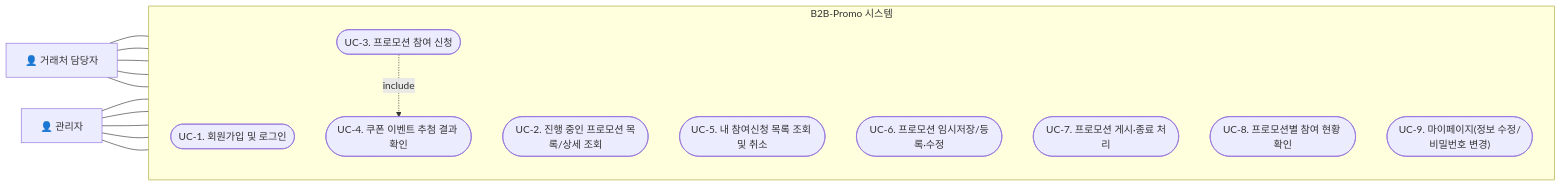
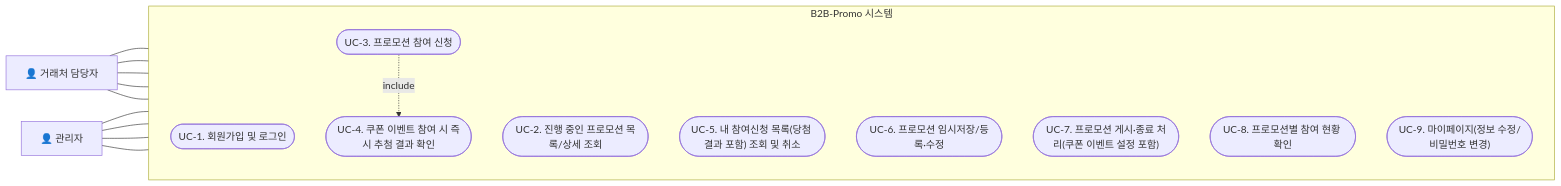
One commit to woniboni/B2B-Promo changed the diagram in docs/2-usecase.md. Above: the diagram before and after it, drawn with Mermaid. The commit also changed other lines of this file and 3 other files, not shown here.

````diff
--- a/docs/2-usecase.md
+++ b/docs/2-usecase.md
@@ -5,32 +5,31 @@
 ```mermaid
 flowchart LR
   actorPartner["👤 거래처 담당자"]
   actorAdmin["👤 관리자"]
 
   subgraph system["B2B-Promo 시스템"]
     direction TB
     UC1(["UC-1. 회원가입 및 로그인"])
     UC2(["UC-2. 진행 중인 프로모션 목록/상세 조회"])
     UC3(["UC-3. 프로모션 참여 신청"])
-    UC4(["UC-4. 쿠폰 이벤트 추첨 결과 확인"])
-    UC5(["UC-5. 내 참여신청 목록 조회 및 취소"])
+    UC4(["UC-4. 쿠폰 이벤트 참여 시 즉시 추첨 결과 확인"])
+    UC5(["UC-5. 내 참여신청 목록(당첨 결과 포함) 조회 및 취소"])
     UC6(["UC-6. 프로모션 임시저장/등록·수정"])
-    UC7(["UC-7. 프로모션 게시·종료 처리"])
+    UC7(["UC-7. 프로모션 게시·종료 처리(쿠폰 이벤트 설정 포함)"])
     UC8(["UC-8. 프로모션별 참여 현황 확인"])
     UC9(["UC-9. 마이페이지(정보 수정/비밀번호 변경)"])
   end
 
   actorPartner --- UC1
   actorPartner --- UC2
   actorPartner --- UC3
   actorPartner --- UC5
   actorPartner --- UC9
 
-  actorAdmin --- UC1
   actorAdmin --- UC6
   actorAdmin --- UC7
   actorAdmin --- UC8
   actorAdmin --- UC9
 
   UC3 -. include .-> UC4
 ```
````
